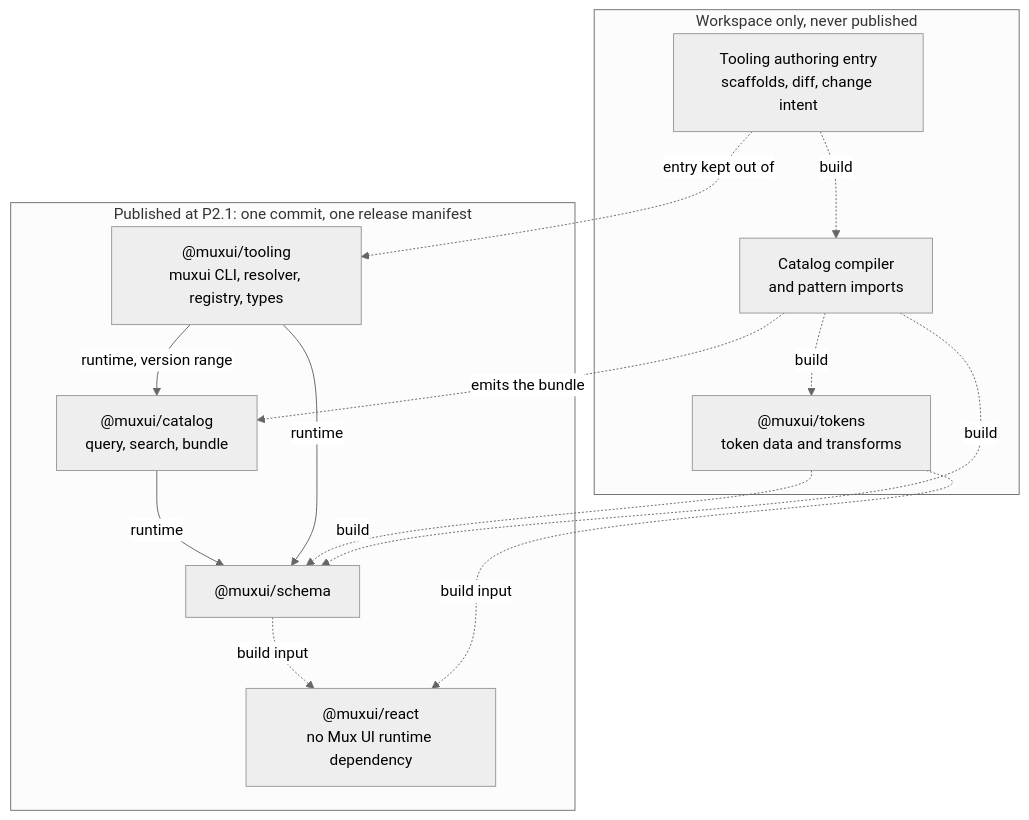
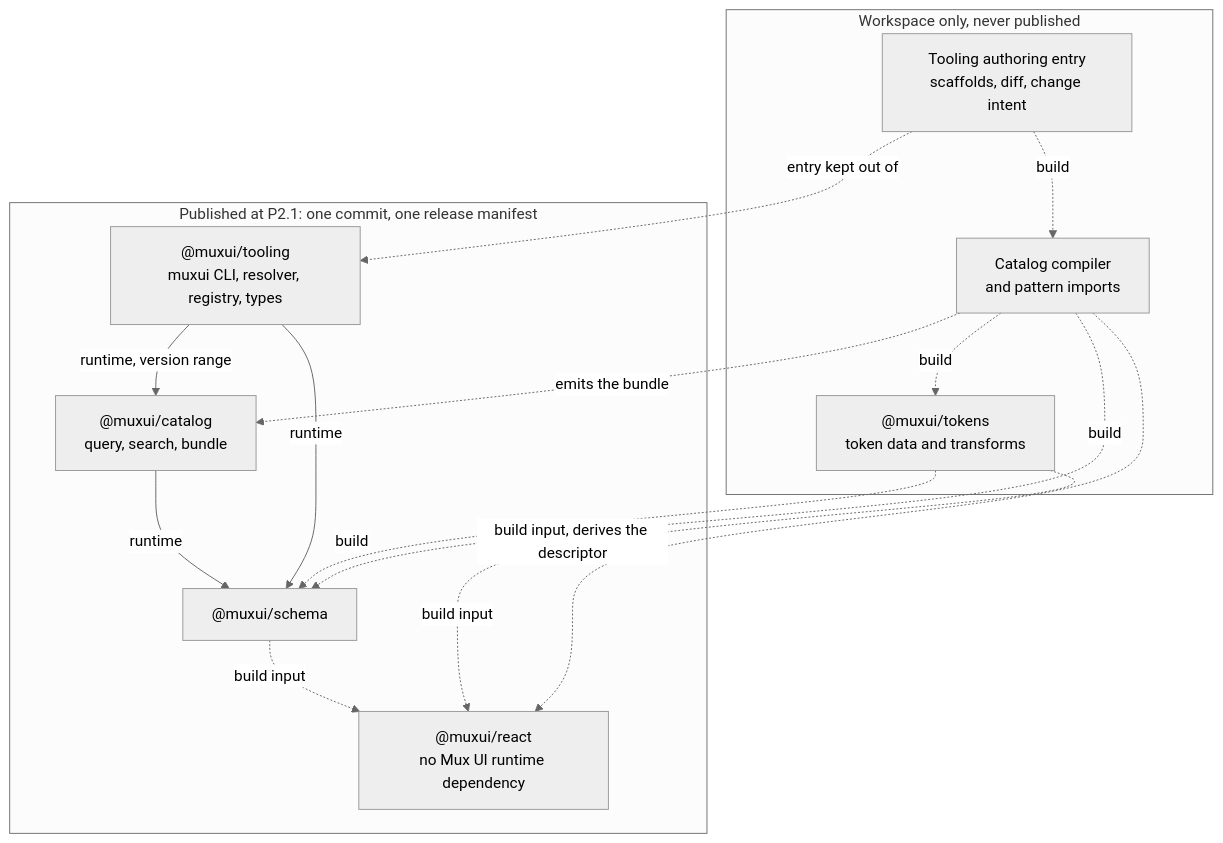
Before and after one commit to ndrewtran/muxui: the third of 3 diagrams in strategy/monorepo-architecture.md, drawn with Mermaid (neutral theme). The commit also changed 1 other file, not shown here.

Commit message:
docs(decisions): record React's build-time catalog compiler edge and Andrew's confirmation of choices 5 and 10
Since #411 React's build reads the catalog compiler to derive its renderer
descriptor. Decision 0032 item 4 and the Architecture picture show that
build-time edge, which no published manifest carries. The drafting-choices
lead-in drops the blanket claim, and the Acceptance section records Andrew's
third answer.

````diff
--- a/strategy/monorepo-architecture.md
+++ b/strategy/monorepo-architecture.md
@@ -1363,26 +1363,27 @@
 ```mermaid
 flowchart TD
   subgraph published["Published at P2.1: one commit, one release manifest"]
     schema["@muxui/schema"]
     catalog["@muxui/catalog\nquery, search, bundle"]
     tooling["@muxui/tooling\nmuxui CLI, resolver, registry, types"]
     react["@muxui/react\nno Mux UI runtime dependency"]
   end
   subgraph workspace["Workspace only, never published"]
     tokens["@muxui/tokens\ntoken data and transforms"]
     compiler["Catalog compiler\nand pattern imports"]
     authoring["Tooling authoring entry\nscaffolds, diff, change intent"]
   end
 
   catalog -->|runtime| schema
   tooling -->|runtime| schema
   tooling -->|"runtime, version range"| catalog
   tokens -.->|build| schema
   compiler -.->|build| tokens
   compiler -.->|build| schema
   compiler -.->|emits the bundle| catalog
   authoring -.->|build| compiler
   authoring -.->|entry kept out of| tooling
   schema -.->|build input| react
   tokens -.->|build input| react
+  compiler -.->|"build input, derives the descriptor"| react
 ```
````
